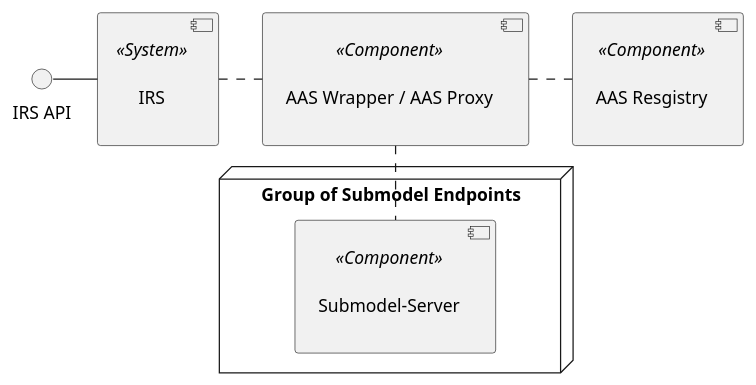
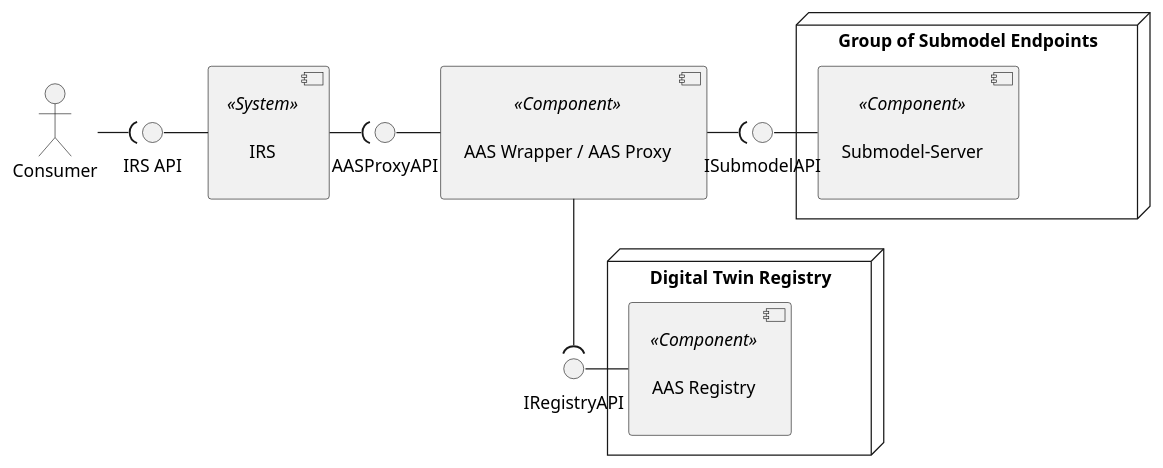
One commit to eclipse-tractusx/item-relationship-service changed the diagram in uml-diagramms/irs-overall-system-view.puml. Above: the diagram before and after it, drawn with PlantUML.

Commit message:
fix(uml):[TRI-300] fix typo and add interface for IRS API

```diff
--- a/uml-diagramms/irs-overall-system-view.puml
+++ b/uml-diagramms/irs-overall-system-view.puml
@@ -1,21 +1,33 @@
 @startuml 
 skinparam monochrome true
 skinparam shadowing false
 
 [\n IRS \n] <<System>> as IRS
 
 [\n AAS Wrapper / AAS Proxy \n] <<Component>> as AASW
-[\n AAS Resgistry \n] <<Component>> as AASR
+
+
+node "Digital Twin Registry" {
+    [\n AAS Registry \n] <<Component>> as AASR
+}
 
 node "Group of Submodel Endpoints" {
   [\n Submodel-Server \n] <<Component>> as SN
 }
+actor Consumer
+interface "IRS API" as IAPI
+interface "AASProxyAPI" as IAASW
+interface "IRegistryAPI" as IRAPI
+interface "ISubmodelAPI" as ISubModelAPI
 
-interface "IRS API" as IAPI
+Consumer -( IAPI
+IAPI - IRS
+IAASW - AASW
+IRS -( IAASW
+IRAPI - AASR
+AASW --( IRAPI
+ISubModelAPI - SN
+AASW -( ISubModelAPI
 
-IAPI - IRS
-IRS . AASW
-AASW . AASR
-AASW .. SN
 
 @enduml
```
